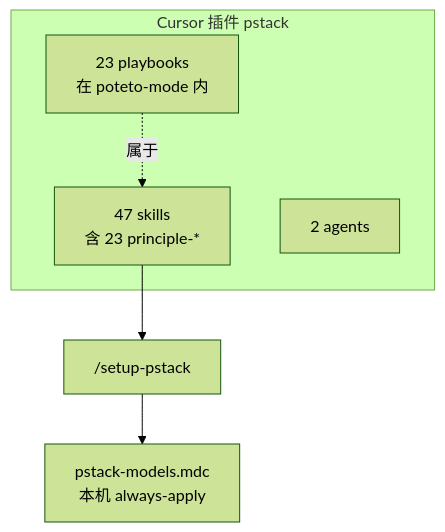
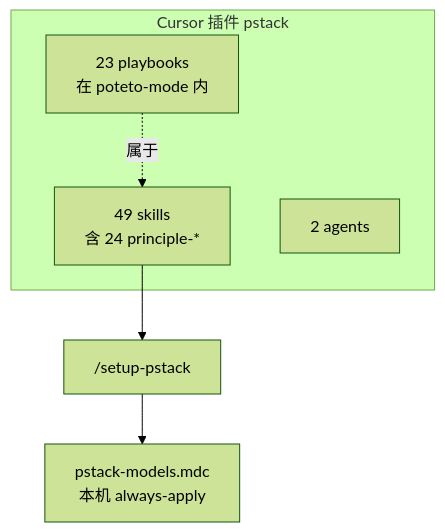
One commit to fenfenxu/pstack-zh changed the first of 3 diagrams in tutorials/anatomy.md. Above: the diagram before and after it, drawn with Mermaid (forest theme). The commit also changed other lines of this file and 33 other files, not shown here.

````diff
--- a/tutorials/anatomy.md
+++ b/tutorials/anatomy.md
@@ -26,11 +26,11 @@
 ```mermaid
 flowchart TB
   subgraph plugin["Cursor 插件 pstack"]
-    S["47 skills<br/>含 23 principle-*"]
+    S["49 skills<br/>含 24 principle-*"]
     A["2 agents"]
     PB["23 playbooks<br/>在 poteto-mode 内"]
   end
   SETUP["/setup-pstack"] --> R["pstack-models.mdc<br/>本机 always-apply"]
   S --> SETUP
   PB -.->|"属于"| S
 ```
````
